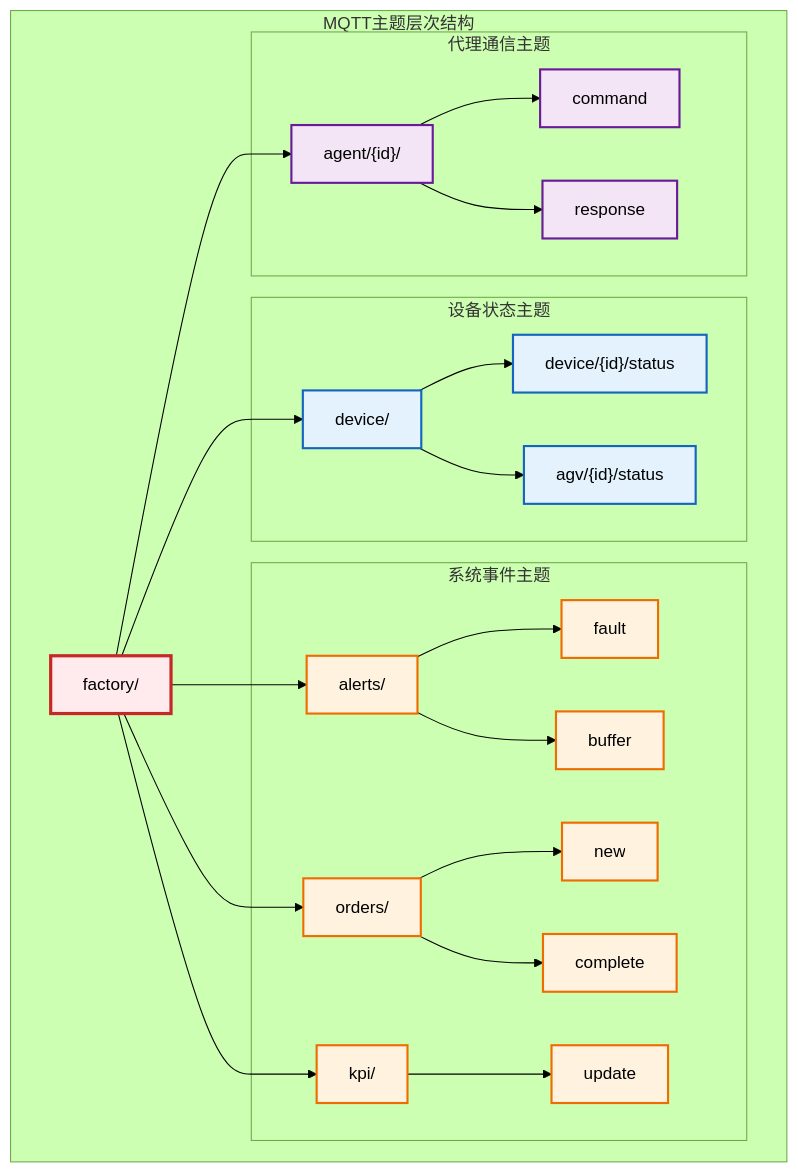
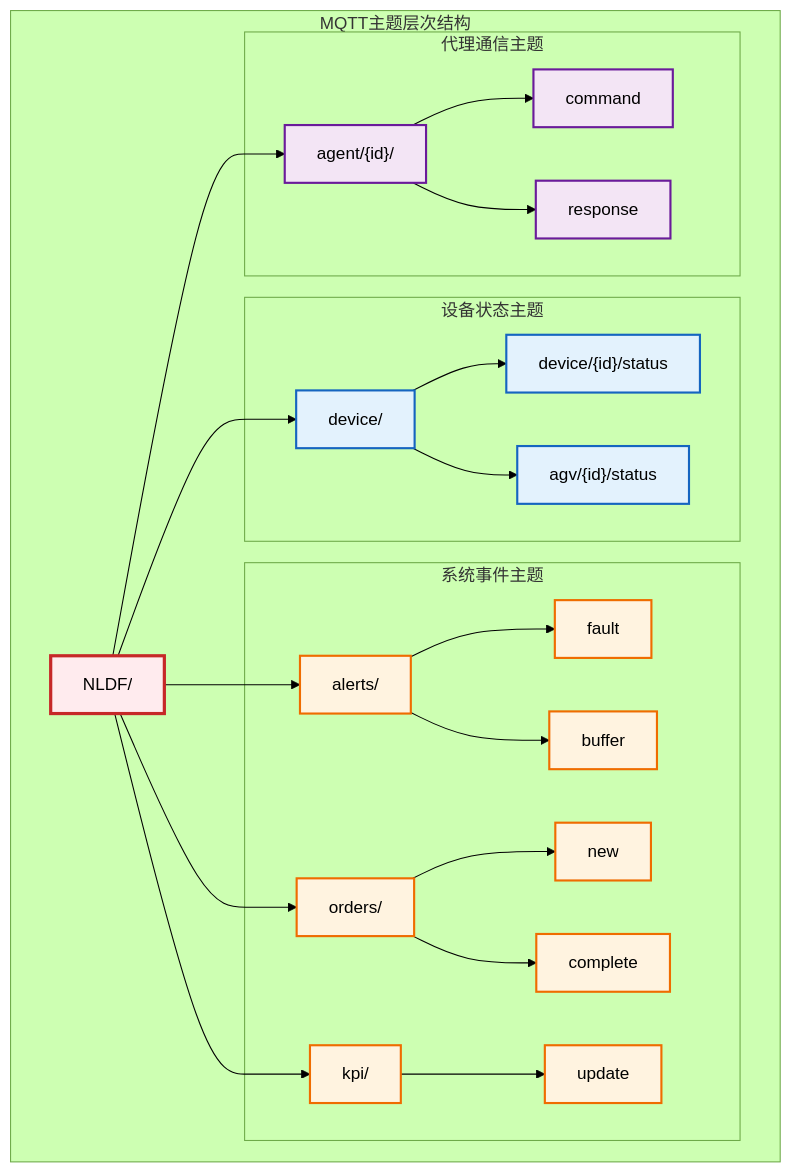
Before and after one commit to supcon-international/Industry-AI-Agent-Benchmark: the third of 4 diagrams in PRD 3.4.md, drawn with Mermaid (forest theme). The commit also changed other lines of this file and 12 other files, not shown here.

````diff
--- a/PRD 3.4.md
+++ b/PRD 3.4.md
@@ -355,64 +376,64 @@
 ```mermaid
 graph TD
     subgraph TopicHierarchy ["MQTT主题层次结构"]
-        ROOT["factory/"]
- 
+        ROOT["NLDF/"]
+
         subgraph DeviceTopics ["设备状态主题"]
             DEVICE["device/"]
             DEV_STATUS["device/{id}/status"]
             AGV_STATUS["agv/{id}/status"]
         end
- 
+
         subgraph SystemTopics ["系统事件主题"]
             ALERTS["alerts/"]
             FAULT["fault"]
             BUFFER["buffer"]
- 
+
             ORDERS["orders/"]
             NEW_ORDER["new"]
             COMPLETE_ORDER["complete"]
- 
+
             KPI["kpi/"]
             KPI_UPDATE["update"]
         end
- 
+
         subgraph AgentTopics ["代理通信主题"]
             AGENT["agent/{id}/"]
             COMMAND["command"]
             RESPONSE["response"]
         end
     end
- 
+
     ROOT --> DEVICE
     ROOT --> ALERTS
     ROOT --> ORDERS
     ROOT --> KPI
     ROOT --> AGENT
- 
+
     DEVICE --> DEV_STATUS
     DEVICE --> AGV_STATUS
- 
+
     ALERTS --> FAULT
     ALERTS --> BUFFER
- 
+
     ORDERS --> NEW_ORDER
     ORDERS --> COMPLETE_ORDER
- 
+
     KPI --> KPI_UPDATE
- 
+
     AGENT --> COMMAND
     AGENT --> RESPONSE
- 
+
     %% 样式
     classDef rootClass fill:#ffebee,stroke:#c62828,stroke-width:3px
     classDef realtimeClass fill:#e8f5e8,stroke:#2e7d32,stroke-width:2px
     classDef deviceClass fill:#e3f2fd,stroke:#1565c0,stroke-width:2px
     classDef systemClass fill:#fff3e0,stroke:#ef6c00,stroke-width:2px
     classDef agentClass fill:#f3e5f5,stroke:#6a1b9a,stroke-width:2px
- 
+
     class ROOT rootClass
     class REALTIME,AGV_POS,DEV_ANIM realtimeClass
     class DEVICE,DEV_STATUS,AGV_STATUS deviceClass
     class ALERTS,FAULT,BUFFER,ORDERS,NEW_ORDER,COMPLETE_ORDER,KPI,KPI_UPDATE systemClass
     class AGENT,COMMAND,RESPONSE agentClass
 ```
````
